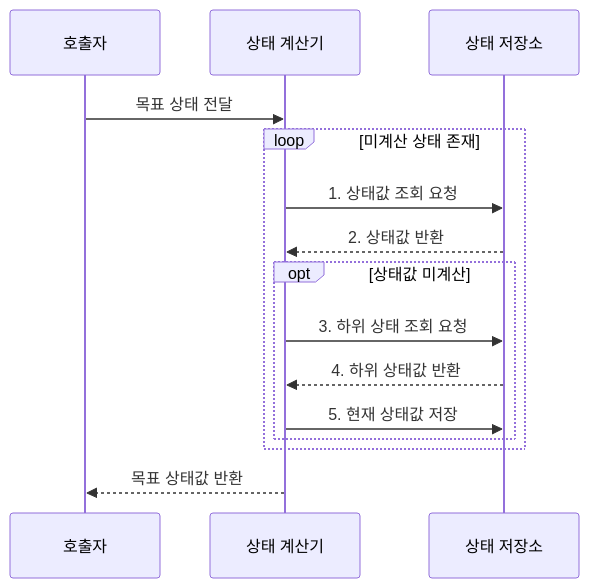
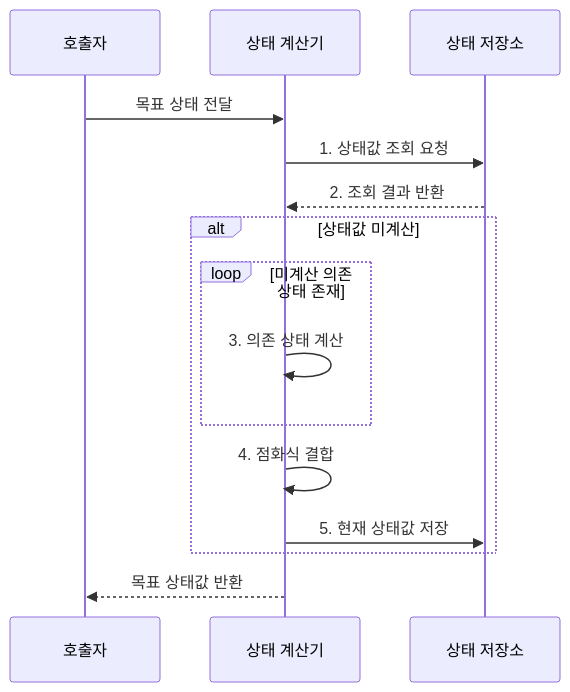
The second of 2 diagrams in src/content/docs/notes/01-basic-theory/013_dynamic_programming.md (agnusdei1207/knowledge-base), drawn with Mermaid before and after one commit. The commit also changed other lines of this file and 6 other files, not shown here.

````diff
--- a/src/content/docs/notes/01-basic-theory/013_dynamic_programming.md
+++ b/src/content/docs/notes/01-basic-theory/013_dynamic_programming.md
@@ -96,17 +96,17 @@
 ```mermaid
 sequenceDiagram
     participant Q as 호출자
     participant P as 상태 계산기
     participant M as 상태 저장소
     Q->>P: 목표 상태 전달
-    loop 미계산 상태 존재
-        P->>M: 1. 상태값 조회 요청
-        M-->>P: 2. 상태값 반환
-        opt 상태값 미계산
-            P->>M: 3. 하위 상태 조회 요청
-            M-->>P: 4. 하위 상태값 반환
-            P->>M: 5. 현재 상태값 저장
+    P->>M: 1. 상태값 조회 요청
+    M-->>P: 2. 조회 결과 반환
+    alt 상태값 미계산
+        loop 미계산 의존 상태 존재
+            P->>P: 3. 의존 상태 계산
         end
+        P->>P: 4. 점화식 결합
+        P->>M: 5. 현재 상태값 저장
     end
     P-->>Q: 목표 상태값 반환
 ```
````
